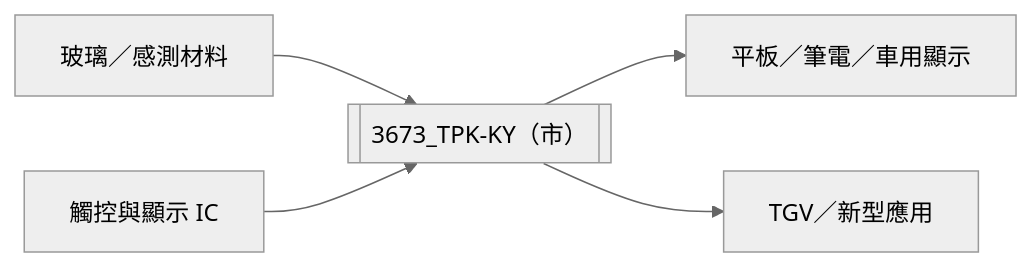
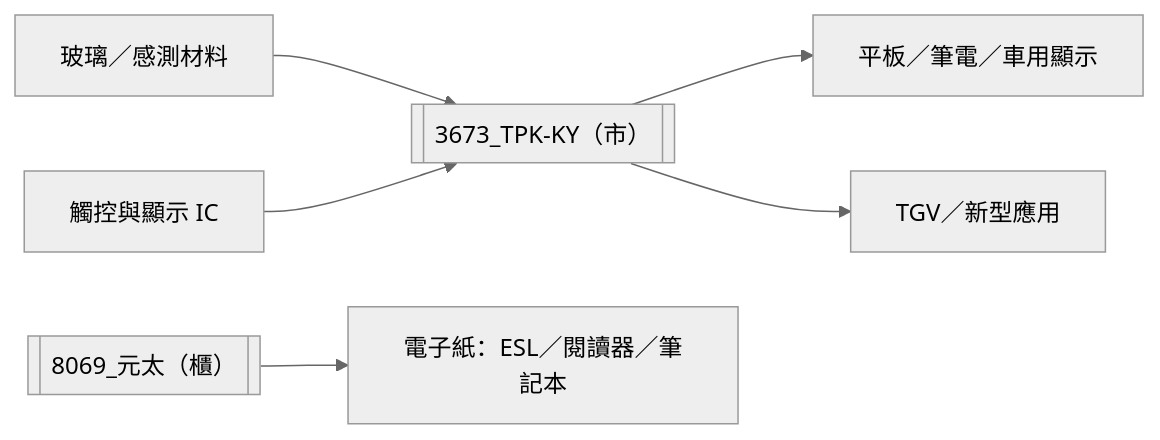
One commit to kevn950324/wiki_Stockv2 changed the diagram in content/lib/3.supply_chain/供應鏈_觸控顯示.md. Above: the diagram before and after it, drawn with Mermaid (neutral theme). The commit also changed other lines of this file and 27 other files, not shown here.

````diff
--- a/content/lib/3.supply_chain/供應鏈_觸控顯示.md
+++ b/content/lib/3.supply_chain/供應鏈_觸控顯示.md
@@ -13,7 +13,8 @@
 ```mermaid
 flowchart LR
     GLASS[玻璃／感測材料] --> TPK[[3673_TPK-KY（市）]]
     IC[觸控與顯示 IC] --> TPK
     TPK --> DEV[平板／筆電／車用顯示]
     TPK --> NEW[TGV／新型應用]
+    EINK[[8069_元太（櫃）]] --> EPAPER[電子紙：ESL／閱讀器／筆記本]
 ```
````
